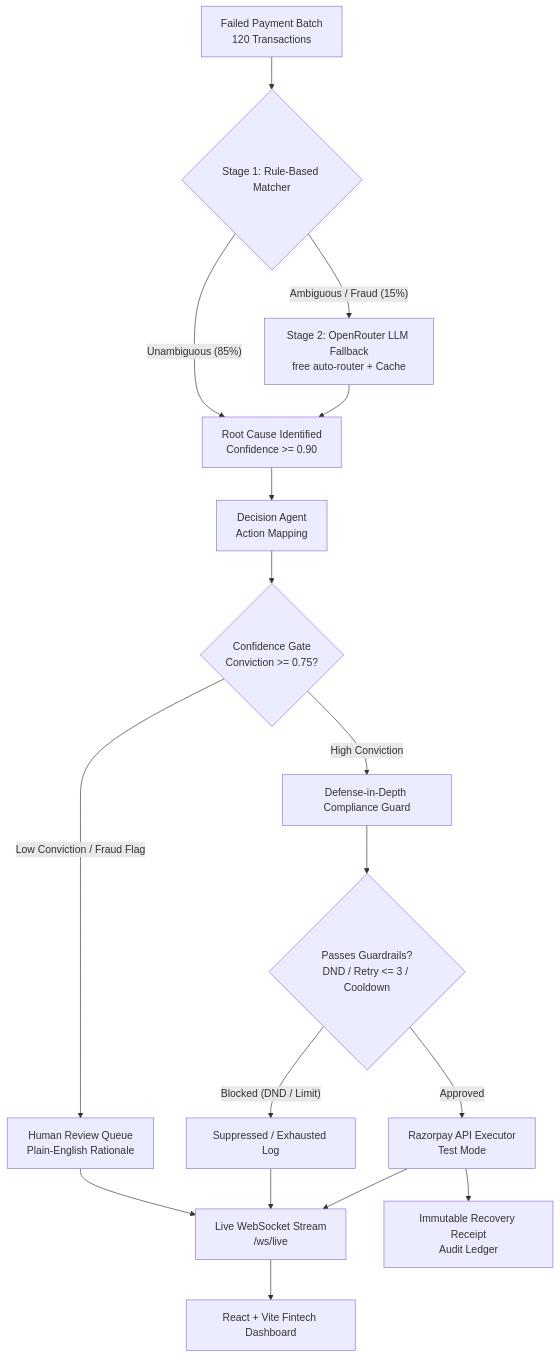
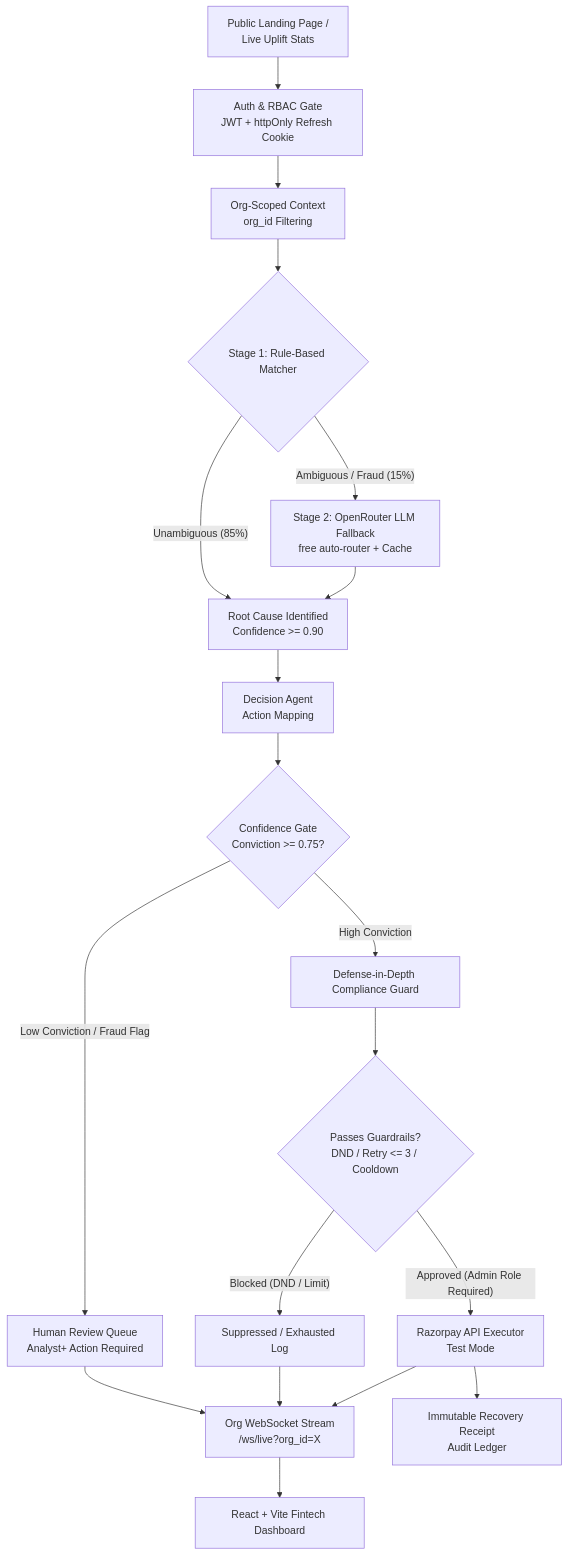
The diagram in README.md (sujitKrS04/recovr), drawn with Mermaid before and after one commit. The commit also changed other lines of this file, not shown here.

Commit message:
docs: update README.md with multi-tenant auth, RBAC details, seed script commands, and updated doc counts

````diff
--- a/README.md
+++ b/README.md
@@ -28,23 +31,26 @@
 ```mermaid
 flowchart TD
-    A[Failed Payment Batch\n120 Transactions] --> B{Stage 1: Rule-Based Matcher}
+    A[Public Landing Page / \nLive Uplift Stats] --> Auth[Auth & RBAC Gate\nJWT + httpOnly Refresh Cookie]
+    Auth --> OrgScope[Org-Scoped Context\norg_id Filtering]
+    
+    OrgScope --> B{Stage 1: Rule-Based Matcher}
     B -- Unambiguous (85%) --> C[Root Cause Identified\nConfidence >= 0.90]
     B -- Ambiguous / Fraud (15%) --> D[Stage 2: OpenRouter LLM Fallback\nfree auto-router + Cache]
     D --> C
 
     C --> E[Decision Agent\nAction Mapping]
     E --> F{Confidence Gate\nConviction >= 0.75?}
     
-    F -- Low Conviction / Fraud Flag --> G[Human Review Queue\nPlain-English Rationale]
+    F -- Low Conviction / Fraud Flag --> G[Human Review Queue\nAnalyst+ Action Required]
     F -- High Conviction --> H[Defense-in-Depth Compliance Guard]
 
     H --> I{Passes Guardrails?\nDND / Retry <= 3 / Cooldown}
     I -- Blocked (DND / Limit) --> J[Suppressed / Exhausted Log]
-    I -- Approved --> K[Razorpay API Executor\nTest Mode]
+    I -- Approved (Admin Role Required) --> K[Razorpay API Executor\nTest Mode]
 
-    K --> L[Live WebSocket Stream\n/ws/live]
+    K --> L[Org WebSocket Stream\n/ws/live?org_id=X]
     G --> L
     J --> L
     K --> M[Immutable Recovery Receipt\nAudit Ledger]
     L --> N[React + Vite Fintech Dashboard]
 ```
````
